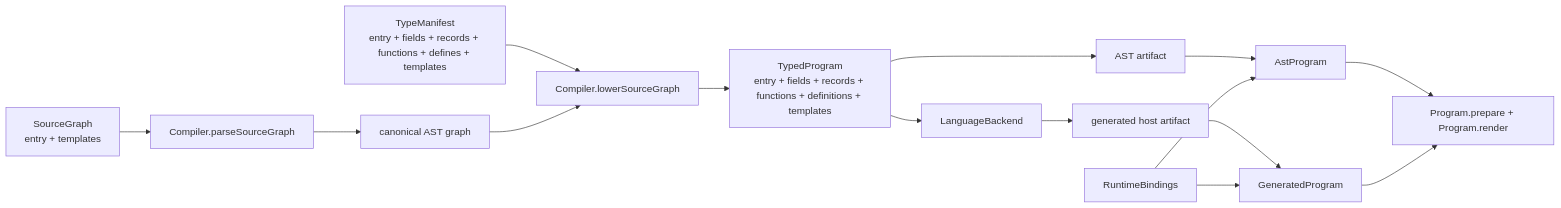
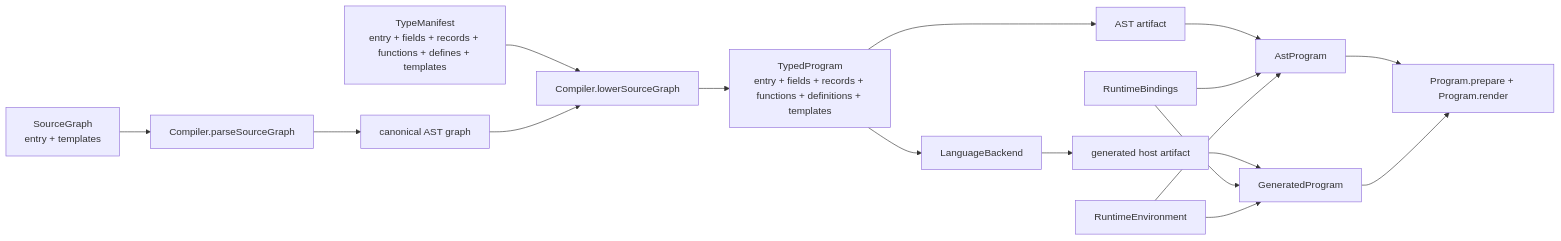
The diagram in tools/compiler/generated/compiler-architecture.mmd (polyspec/template), drawn with Mermaid before and after one commit. The commit also changed 48 other files, not shown here.

```diff
--- a/tools/compiler/generated/compiler-architecture.mmd
+++ b/tools/compiler/generated/compiler-architecture.mmd
@@ -1,15 +1,17 @@
 flowchart LR
   Source["SourceGraph<br/>entry + templates"] --> Parse["Compiler.parseSourceGraph"]
   Parse --> AST["canonical AST graph"]
   Types["TypeManifest<br/>entry + fields + records + functions + defines + templates"] --> Lower["Compiler.lowerSourceGraph"]
   AST --> Lower
   Lower --> Typed["TypedProgram<br/>entry + fields + records + functions + definitions + templates"]
   Typed --> AstArtifact["AST artifact"]
   Typed --> Backend["LanguageBackend"]
   Backend --> GeneratedArtifact["generated host artifact"]
   AstArtifact --> AstProgram["AstProgram"]
   GeneratedArtifact --> GeneratedProgram["GeneratedProgram"]
   AstProgram --> Program["Program.prepare + Program.render"]
   GeneratedProgram --> Program
   RuntimeBindings["RuntimeBindings"] --> AstProgram
   RuntimeBindings --> GeneratedProgram
+  RuntimeEnvironment["RuntimeEnvironment"] --> AstProgram
+  RuntimeEnvironment --> GeneratedProgram
```
